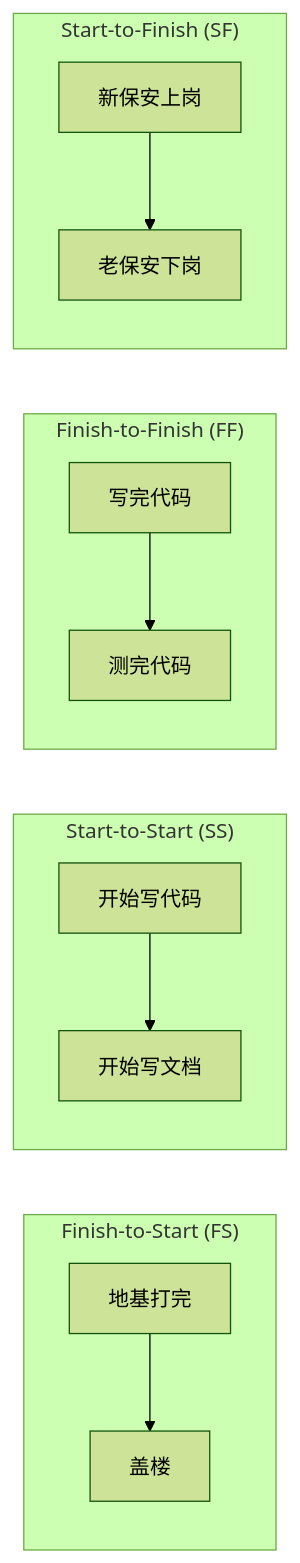
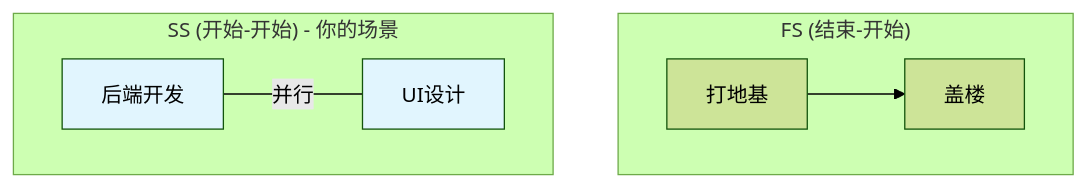
Before and after one commit to wailii/Senior-PM-Exam-Study: the fourth of 5 diagrams in sessions/2025-12-21.md, drawn with Mermaid (forest theme). The commit also changed other lines of this file and 1 other file, not shown here.

Commit message:
docs: implement Mermaid visualization standards and fix session diagrams

````diff
--- a/sessions/2025-12-21.md
+++ b/sessions/2025-12-21.md
@@ -162,18 +148,14 @@
 ```mermaid
-graph LR
-    subgraph "Finish-to-Start (FS)"
-    A1[地基打完] --> B1[盖楼]
+graph TD
+    subgraph "FS (结束-开始)"
+    A1[打地基] --> B1[盖楼]
     end
     
-    subgraph "Start-to-Start (SS)"
-    A2[开始写代码] --> B2[开始写文档]
-    end
-    
-    subgraph "Finish-to-Finish (FF)"
-    A3[写完代码] --> B3[测完代码]
-    end
-    
-    subgraph "Start-to-Finish (SF)"
-    A4[新保安上岗] --> B4[老保安下岗]
+    subgraph "SS (开始-开始) - 你的场景"
+    A2[后端开发] 
+    B2[UI设计]
+    A2 -- "并行" --- B2
+    style A2 fill:#e1f5fe
+    style B2 fill:#e1f5fe
     end
 ```
````
